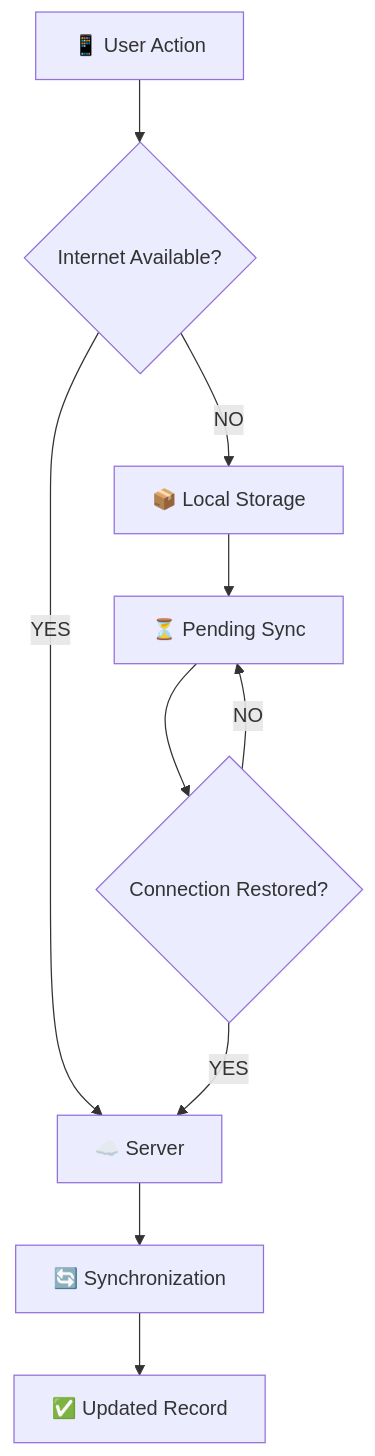
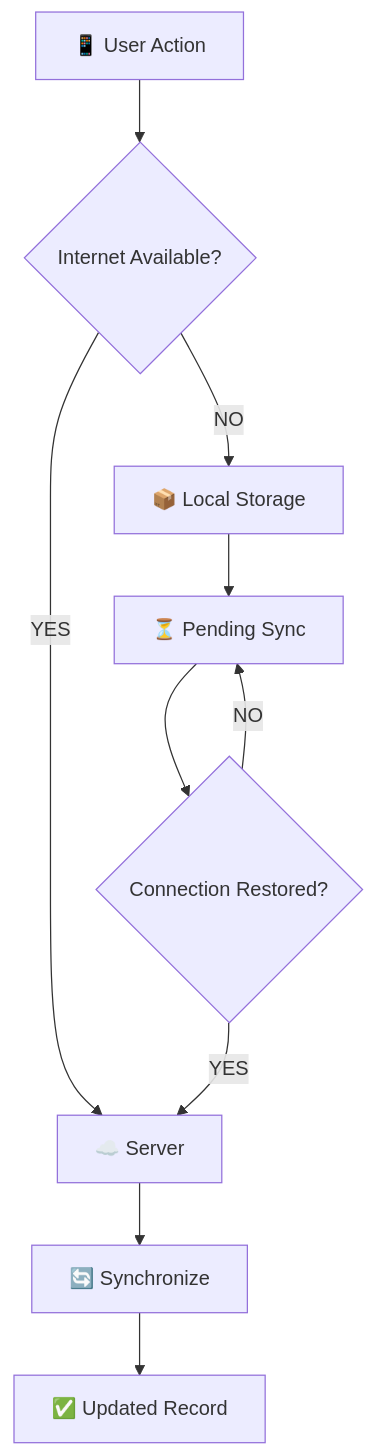
Before and after one commit to anshika-dev23/Swasthya-Setu: the fifth of 8 diagrams in README.md, drawn with Mermaid. The commit also changed other lines of this file, not shown here.

````diff
--- a/README.md
+++ b/README.md
@@ -480,22 +453,22 @@
 ```mermaid
 flowchart TD
 
 A["📱 User Action"]
 --> B{"Internet Available?"}
 
 B -->|YES| C["☁️ Server"]
 
 B -->|NO| D["📦 Local Storage"]
 
 D --> E["⏳ Pending Sync"]
 
 E --> F{"Connection Restored?"}
 
 F -->|YES| C
 
 F -->|NO| E
 
-C --> G["🔄 Synchronization"]
+C --> G["🔄 Synchronize"]
 
 G --> H["✅ Updated Record"]
 ```
````
